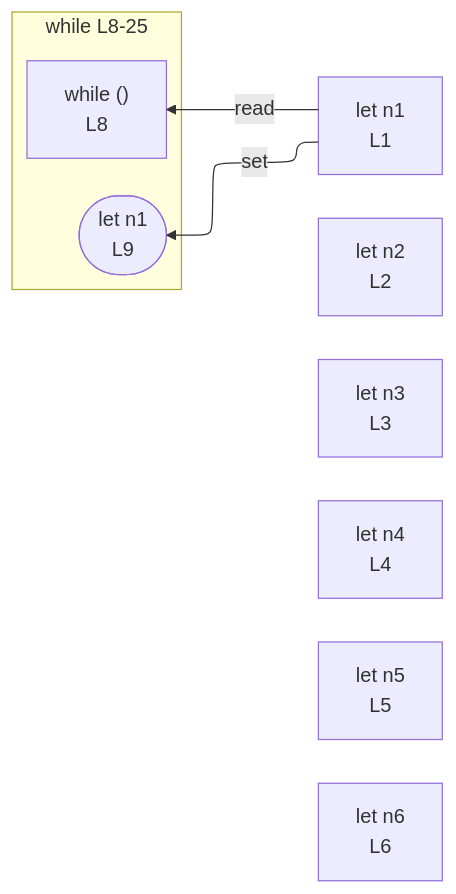
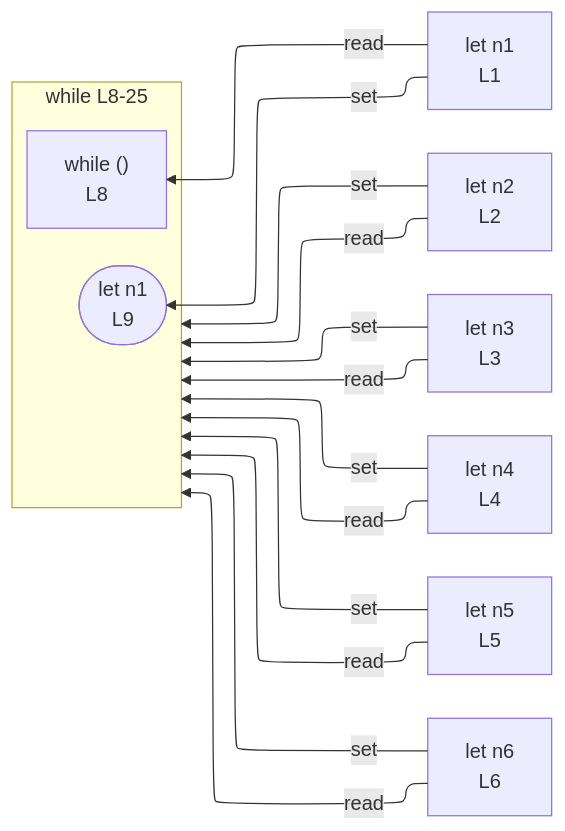
Before and after one commit to crescware/unsnarl: the diagram in integration/fixtures/app-behavior/depth/while/depth-1/preview.md, drawn with Mermaid. The commit also changed 63 other files, not shown here.

````diff
--- a/integration/fixtures/app-behavior/depth/while/depth-1/preview.md
+++ b/integration/fixtures/app-behavior/depth/while/depth-1/preview.md
@@ -35,17 +35,27 @@
 ```mermaid
 %%{init: {"flowchart": {"defaultRenderer": "elk"}}}%%
 flowchart RL
   n_scope_0_n1_4["let n1<br/>L1"]
   n_scope_0_n2_16["let n2<br/>L2"]
   n_scope_0_n3_28["let n3<br/>L3"]
   n_scope_0_n4_40["let n4<br/>L4"]
   n_scope_0_n5_52["let n5<br/>L5"]
   n_scope_0_n6_64["let n6<br/>L6"]
   subgraph s_scope_1["while L8-25"]
     direction RL
     while_test_scope_0_73["while ()<br/>L8"]
     wr_ref_7(["let n1<br/>L9"])
   end
   n_scope_0_n1_4 -->|set| wr_ref_7
+  n_scope_0_n2_16 -->|set| s_scope_1
+  n_scope_0_n3_28 -->|set| s_scope_1
+  n_scope_0_n4_40 -->|set| s_scope_1
+  n_scope_0_n5_52 -->|set| s_scope_1
+  n_scope_0_n6_64 -->|set| s_scope_1
   n_scope_0_n1_4 -->|read| while_test_scope_0_73
+  n_scope_0_n2_16 -->|read| s_scope_1
+  n_scope_0_n3_28 -->|read| s_scope_1
+  n_scope_0_n4_40 -->|read| s_scope_1
+  n_scope_0_n5_52 -->|read| s_scope_1
+  n_scope_0_n6_64 -->|read| s_scope_1
 ```
````
